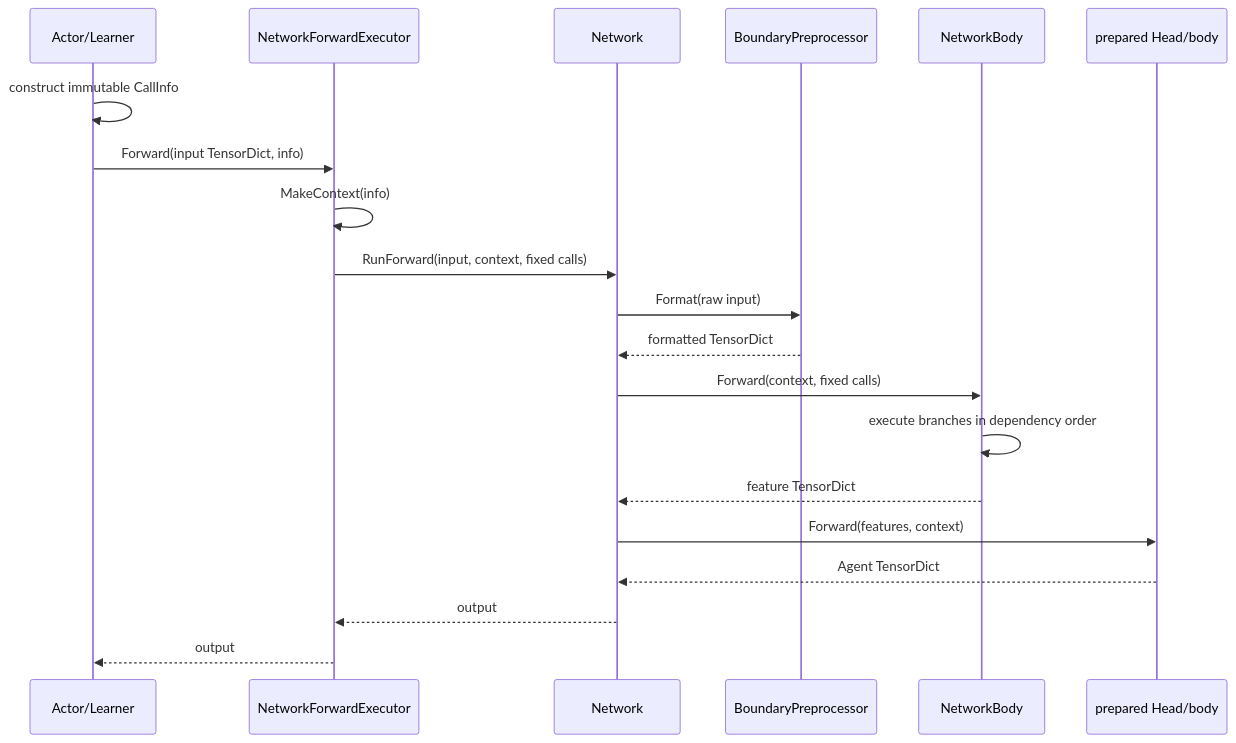
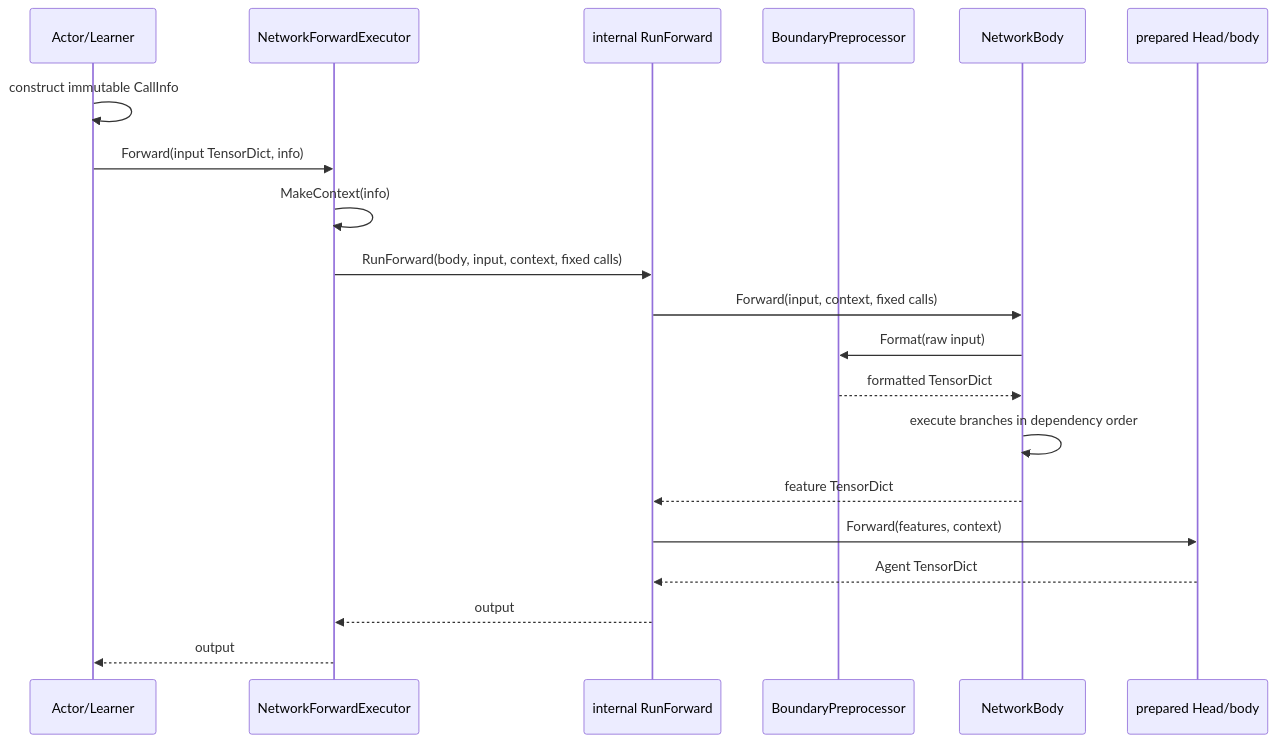
The fourth of 4 diagrams in docs/design/130_neural_networks.en.md (kazukin123/anet-lab), drawn with Mermaid before and after one commit. The commit also changed other lines of this file and 22 other files, not shown here.

````diff
--- a/docs/design/130_neural_networks.en.md
+++ b/docs/design/130_neural_networks.en.md
@@ -252,22 +254,22 @@
 ```mermaid
 sequenceDiagram
     participant C as Actor/Learner
     participant E as NetworkForwardExecutor
-    participant N as Network
+    participant R as internal RunForward
     participant P as BoundaryPreprocessor
     participant B as NetworkBody
     participant H as prepared Head/body
     C->>C: construct immutable CallInfo
     C->>E: Forward(input TensorDict, info)
     E->>E: MakeContext(info)
-    E->>N: RunForward(input, context, fixed calls)
-    N->>P: Format(raw input)
-    P-->>N: formatted TensorDict
-    N->>B: Forward(context, fixed calls)
+    E->>R: RunForward(body, input, context, fixed calls)
+    R->>B: Forward(input, context, fixed calls)
+    B->>P: Format(raw input)
+    P-->>B: formatted TensorDict
     B->>B: execute branches in dependency order
-    B-->>N: feature TensorDict
-    N->>H: Forward(features, context)
-    H-->>N: Agent TensorDict
-    N-->>E: output
+    B-->>R: feature TensorDict
+    R->>H: Forward(features, context)
+    H-->>R: Agent TensorDict
+    R-->>E: output
     E-->>C: output
 ```
````
